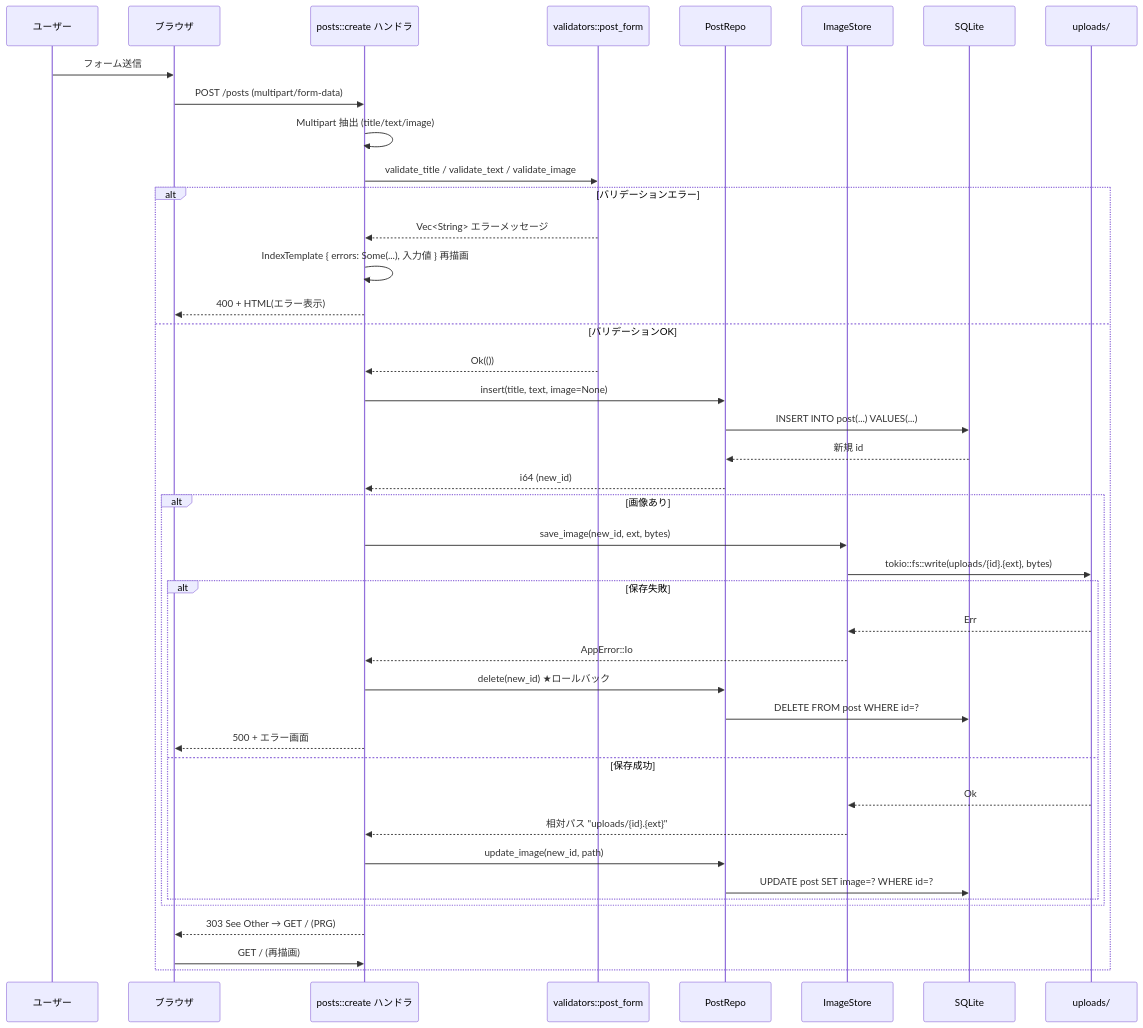
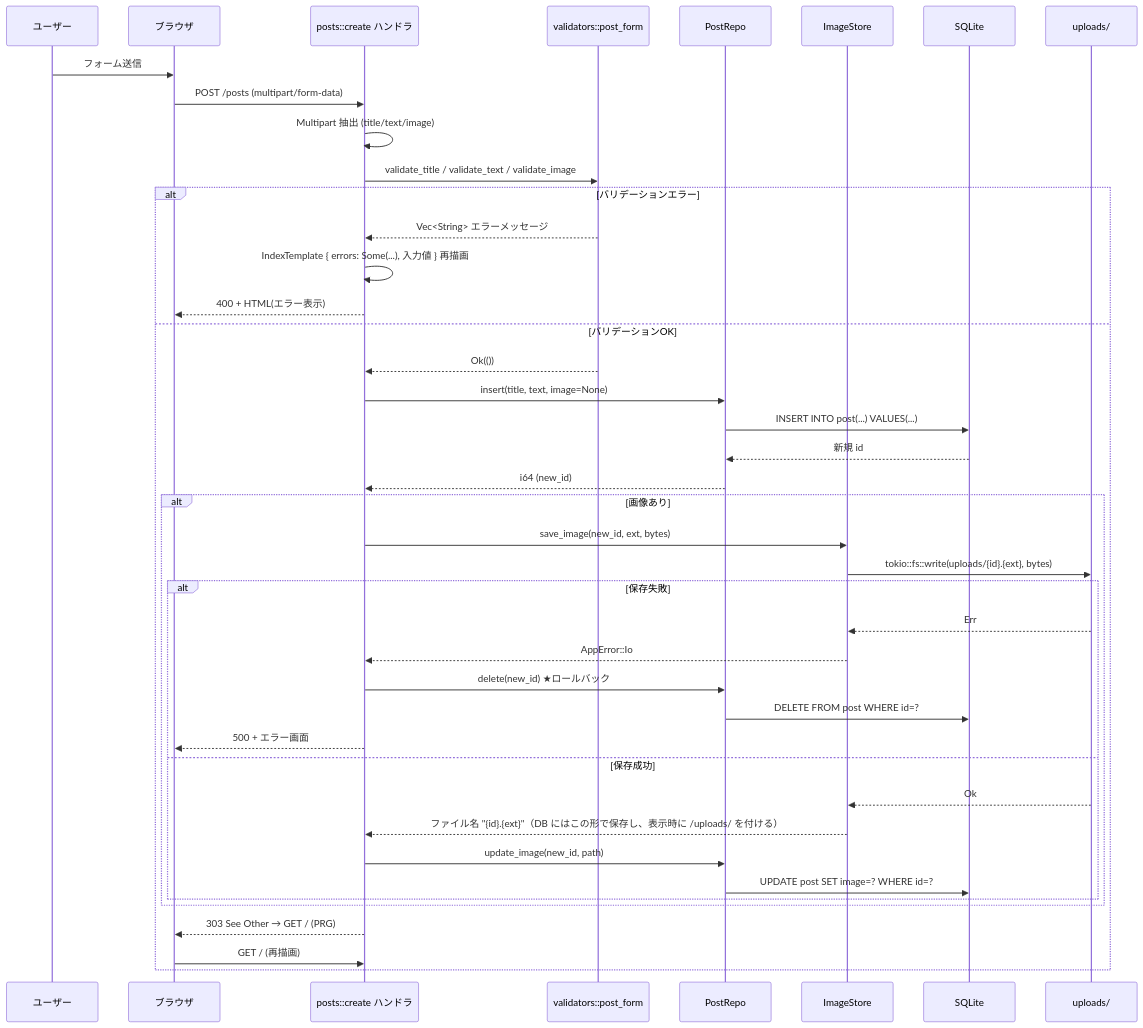
Before and after one commit to seiei-sogen/rust-axum-image-bbs-reconstruction-dev-00: the third of 7 diagrams in docs/tumigidoc/rust-axum-image-bbs/design/dataflow.md, drawn with Mermaid. The commit also changed other lines of this file and 53 other files, not shown here.

````diff
--- a/docs/tumigidoc/rust-axum-image-bbs/design/dataflow.md
+++ b/docs/tumigidoc/rust-axum-image-bbs/design/dataflow.md
@@ -101,45 +101,45 @@
 ```mermaid
 sequenceDiagram
     participant U as ユーザー
     participant B as ブラウザ
     participant H as posts::create ハンドラ
     participant V as validators::post_form
     participant R as PostRepo
     participant S as ImageStore
     participant D as SQLite
     participant FS as uploads/
 
     U->>B: フォーム送信
     B->>H: POST /posts (multipart/form-data)
     H->>H: Multipart 抽出 (title/text/image)
     H->>V: validate_title / validate_text / validate_image
     alt バリデーションエラー
         V-->>H: Vec<String> エラーメッセージ
         H->>H: IndexTemplate { errors: Some(...), 入力値 } 再描画
         H-->>B: 400 + HTML(エラー表示)
     else バリデーションOK
         V-->>H: Ok(())
         H->>R: insert(title, text, image=None)
         R->>D: INSERT INTO post(...) VALUES(...)
         D-->>R: 新規 id
         R-->>H: i64 (new_id)
         alt 画像あり
             H->>S: save_image(new_id, ext, bytes)
             S->>FS: tokio::fs::write(uploads/{id}.{ext}, bytes)
             alt 保存失敗
                 FS-->>S: Err
                 S-->>H: AppError::Io
                 H->>R: delete(new_id)  ★ロールバック
                 R->>D: DELETE FROM post WHERE id=?
                 H-->>B: 500 + エラー画面
             else 保存成功
                 FS-->>S: Ok
-                S-->>H: 相対パス "uploads/{id}.{ext}"
+                S-->>H: ファイル名 "{id}.{ext}"（DB にはこの形で保存し、表示時に /uploads/ を付ける）
                 H->>R: update_image(new_id, path)
                 R->>D: UPDATE post SET image=? WHERE id=?
             end
         end
         H-->>B: 303 See Other → GET / (PRG)
         B->>H: GET / (再描画)
     end
 ```
````
